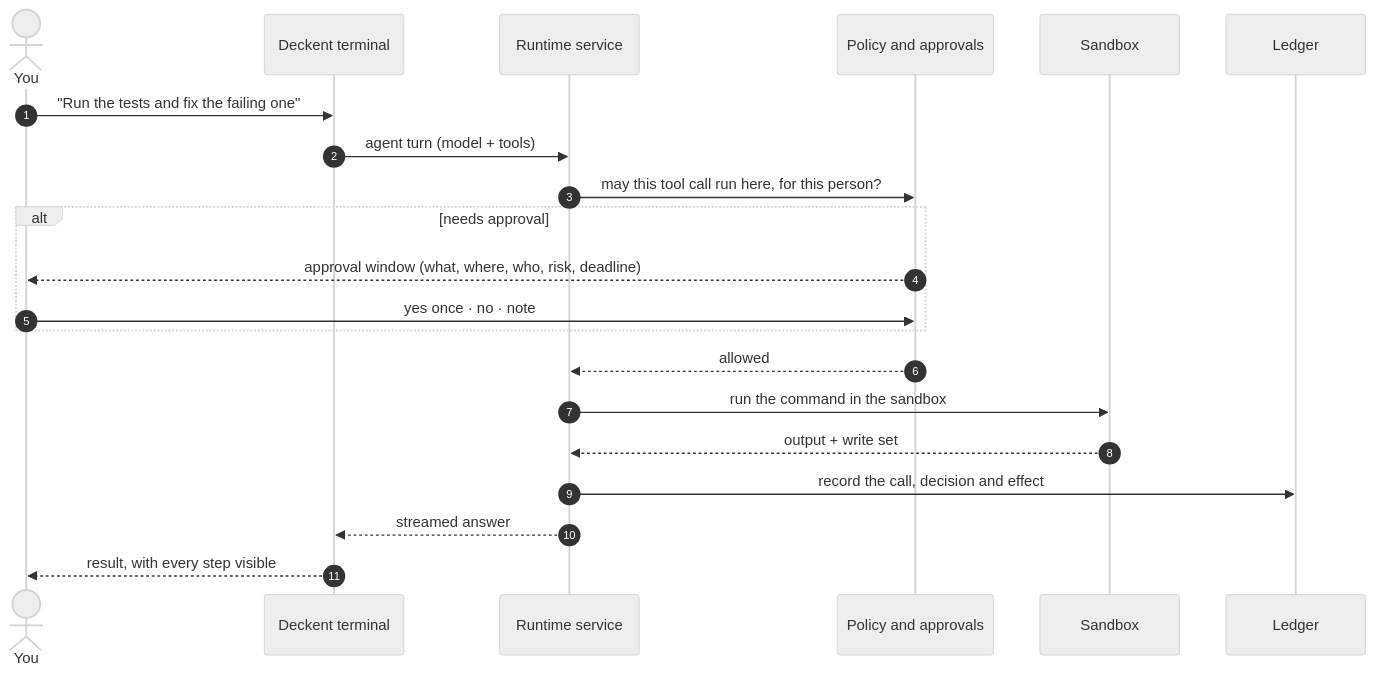
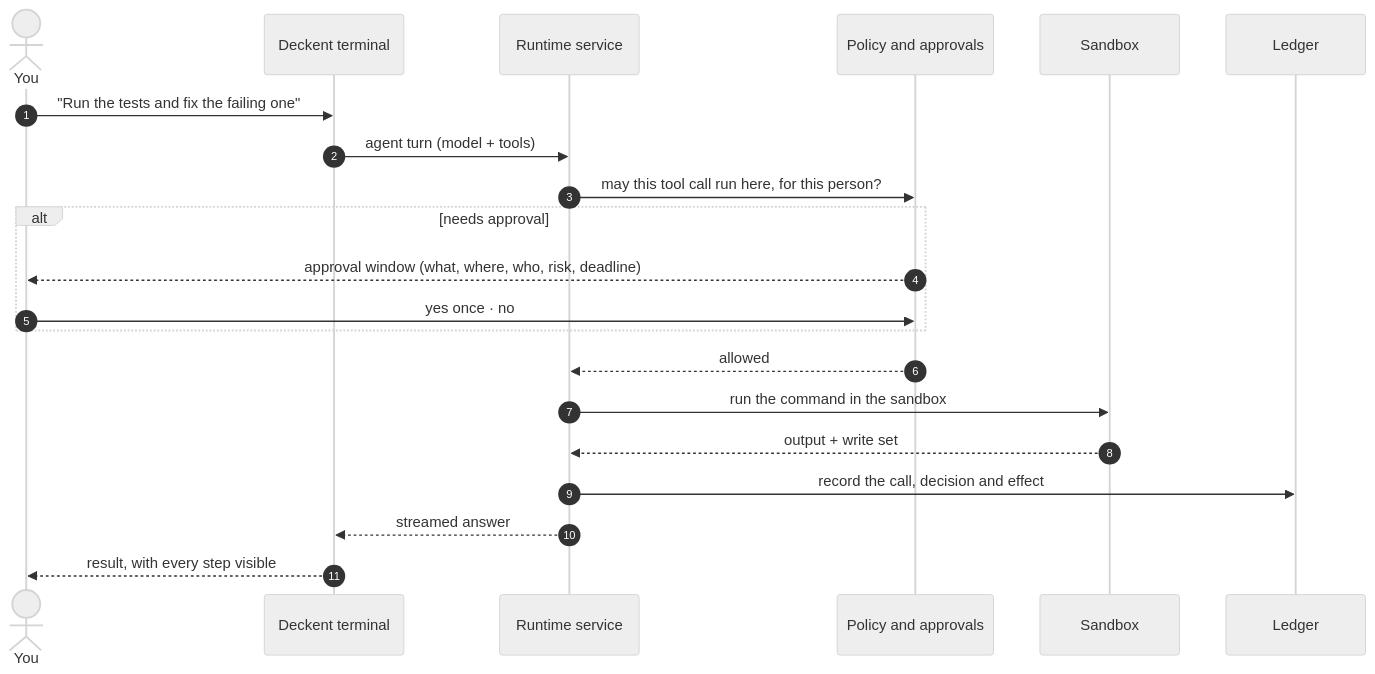
One commit to Verhex/deckent-next changed the first of 6 diagrams in README.md. Above: the diagram before and after it, drawn with Mermaid (neutral theme). The commit also changed other lines of this file and 1 other file, not shown here.

````diff
--- a/README.md
+++ b/README.md
@@ -63,23 +64,23 @@
 ```mermaid
 sequenceDiagram
   autonumber
   actor You
   participant T as Deckent terminal
   participant R as Runtime service
   participant P as Policy and approvals
   participant B as Sandbox
   participant L as Ledger
   You->>T: "Run the tests and fix the failing one"
   T->>R: agent turn (model + tools)
   R->>P: may this tool call run here, for this person?
   alt needs approval
     P-->>You: approval window (what, where, who, risk, deadline)
-    You->>P: yes once · no · note
+    You->>P: yes once · no
   end
   P-->>R: allowed
   R->>B: run the command in the sandbox
   B-->>R: output + write set
   R->>L: record the call, decision and effect
   R-->>T: streamed answer
   T-->>You: result, with every step visible
 ```
````
